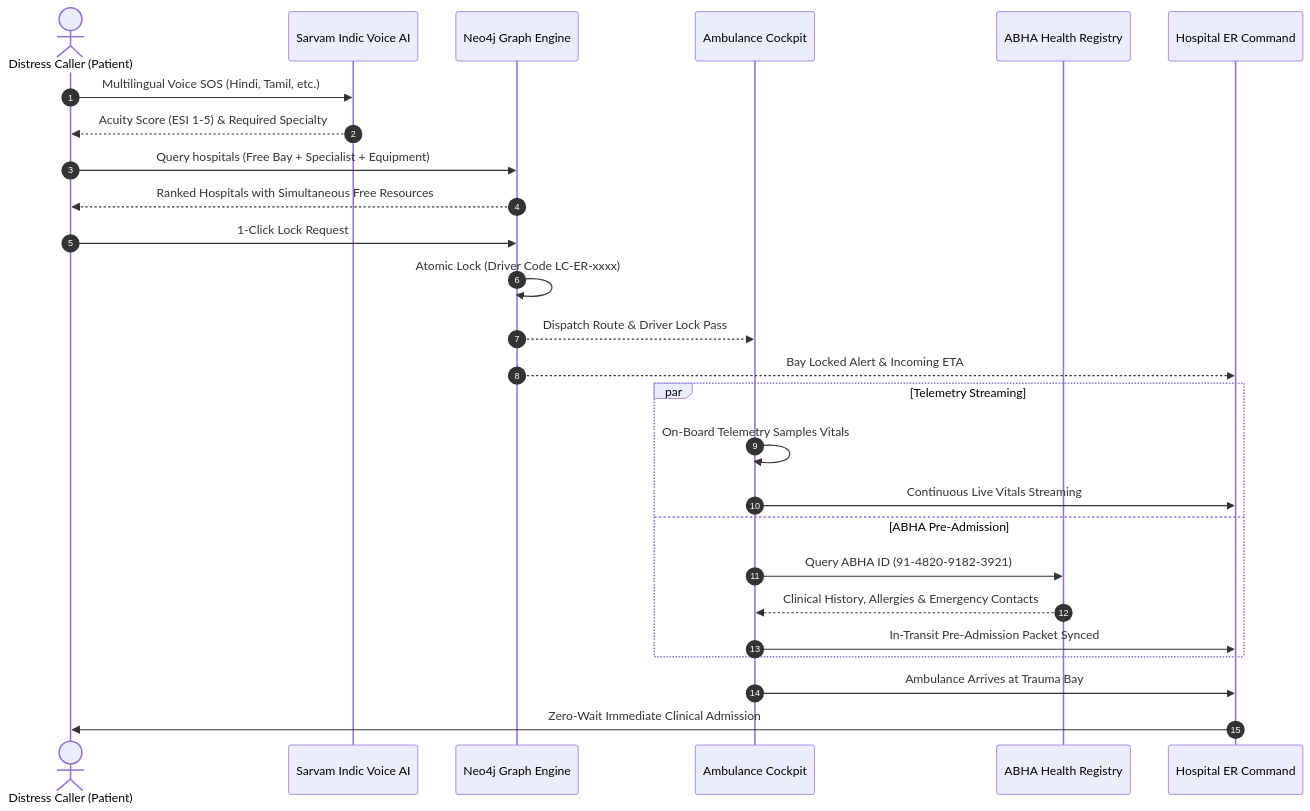
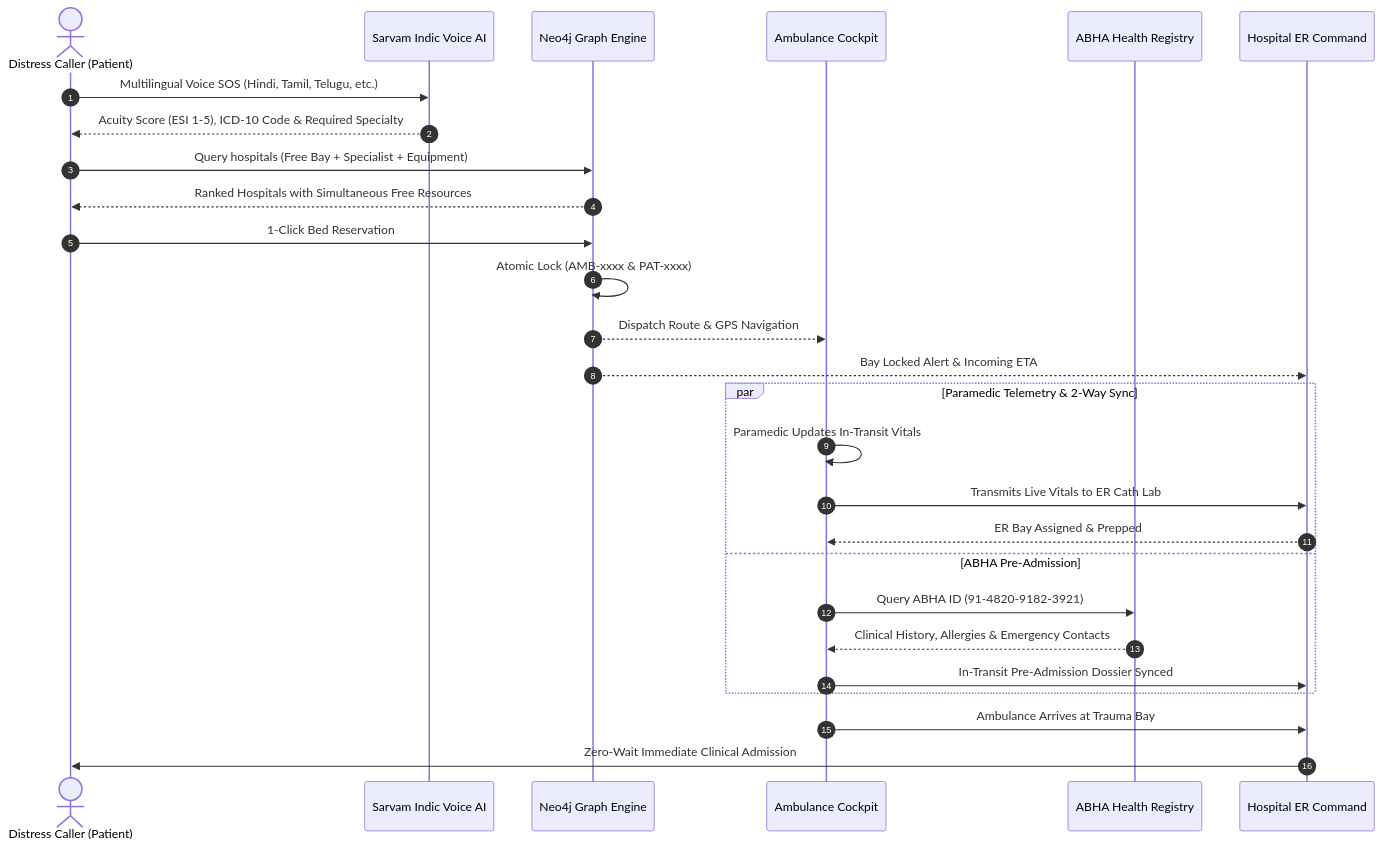
Before and after one commit to Susheem-25/LifeCare: the diagram in README.md, drawn with Mermaid. The commit also changed other lines of this file and 1 other file, not shown here.

Commit message:
docs: update README with Team Builder Beings and prototype telemetry specifications

````diff
--- a/README.md
+++ b/README.md
@@ -194,31 +202,32 @@
 ```mermaid
 sequenceDiagram
     autonumber
     actor Patient as Distress Caller (Patient)
     participant Sarvam as Sarvam Indic Voice AI
     participant Neo4j as Neo4j Graph Engine
     participant Amb as Ambulance Cockpit
     participant ABDM as ABHA Health Registry
     participant ER as Hospital ER Command
 
-    Patient->>Sarvam: Multilingual Voice SOS (Hindi, Tamil, etc.)
-    Sarvam-->>Patient: Acuity Score (ESI 1-5) & Required Specialty
+    Patient->>Sarvam: Multilingual Voice SOS (Hindi, Tamil, Telugu, etc.)
+    Sarvam-->>Patient: Acuity Score (ESI 1-5), ICD-10 Code & Required Specialty
     Patient->>Neo4j: Query hospitals (Free Bay + Specialist + Equipment)
     Neo4j-->>Patient: Ranked Hospitals with Simultaneous Free Resources
-    Patient->>Neo4j: 1-Click Lock Request
-    Neo4j->>Neo4j: Atomic Lock (Driver Code LC-ER-xxxx)
-    Neo4j-->>Amb: Dispatch Route & Driver Lock Pass
+    Patient->>Neo4j: 1-Click Bed Reservation
+    Neo4j->>Neo4j: Atomic Lock (AMB-xxxx & PAT-xxxx)
+    Neo4j-->>Amb: Dispatch Route & GPS Navigation
     Neo4j-->>ER: Bay Locked Alert & Incoming ETA
 
-    par Telemetry Streaming
-        Amb->>Amb: On-Board Telemetry Samples Vitals
-        Amb->>ER: Continuous Live Vitals Streaming
+    par Paramedic Telemetry & 2-Way Sync
+        Amb->>Amb: Paramedic Updates In-Transit Vitals
+        Amb->>ER: Transmits Live Vitals to ER Cath Lab
+        ER-->>Amb: ER Bay Assigned & Prepped
     and ABHA Pre-Admission
         Amb->>ABDM: Query ABHA ID (91-4820-9182-3921)
         ABDM-->>Amb: Clinical History, Allergies & Emergency Contacts
-        Amb->>ER: In-Transit Pre-Admission Packet Synced
+        Amb->>ER: In-Transit Pre-Admission Dossier Synced
     end
 
     Amb->>ER: Ambulance Arrives at Trauma Bay
     ER->>Patient: Zero-Wait Immediate Clinical Admission
 ```
````
